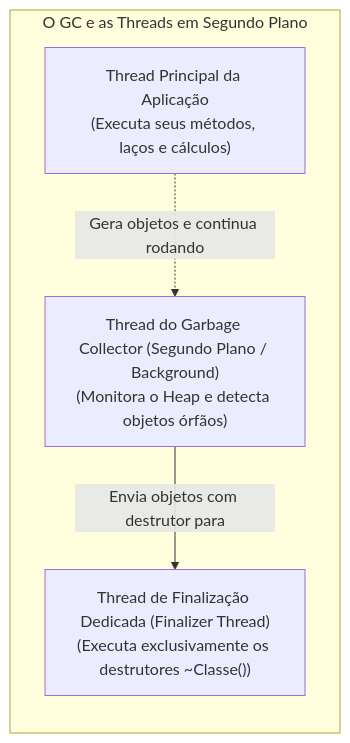
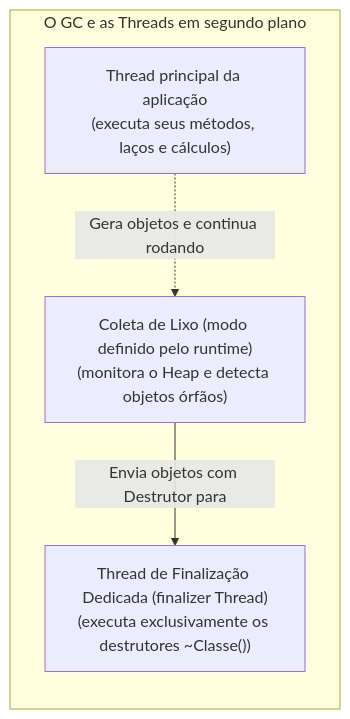
The fourth of 7 diagrams in 01. Programacao Modular/10. Destrutores e finalizadores (desalocação de memória e liberação de recursos).md (leorruas/puc), drawn with Mermaid before and after one commit. The commit also changed other lines of this file and 10 other files, not shown here.

````diff
--- a/01. Programacao Modular/10. Destrutores e finalizadores (desalocação de memória e liberação de recursos).md
+++ b/01. Programacao Modular/10. Destrutores e finalizadores (desalocação de memória e liberação de recursos).md
@@ -60,12 +328,12 @@
 ```mermaid
 flowchart TD
-    subgraph MultiThreading ["O GC e as Threads em Segundo Plano"]
+    subgraph MultiThreading ["O GC e as Threads em segundo plano"]
         direction TB
-        AppThread["Thread Principal da Aplicação<br>(Executa seus métodos, laços e cálculos)"]
-        GCThread["Thread do Garbage Collector (Segundo Plano / Background)<br>(Monitora o Heap e detecta objetos órfãos)"]
-        FinThread["Thread de Finalização Dedicada (Finalizer Thread)<br>(Executa exclusivamente os destrutores ~Classe())"]
+        AppThread["Thread principal da aplicação<br>(executa seus métodos, laços e cálculos)"]
+        GCThread["Coleta de Lixo (modo definido pelo runtime)<br>(monitora o Heap e detecta objetos órfãos)"]
+        FinThread["Thread de Finalização Dedicada (finalizer Thread)<br>(executa exclusivamente os destrutores ~Classe())"]
 
         AppThread -.->|Gera objetos e continua rodando| GCThread
-        GCThread -->|Envia objetos com destrutor para| FinThread
+        GCThread -->|Envia objetos com Destrutor para| FinThread
     end
 ```
````
